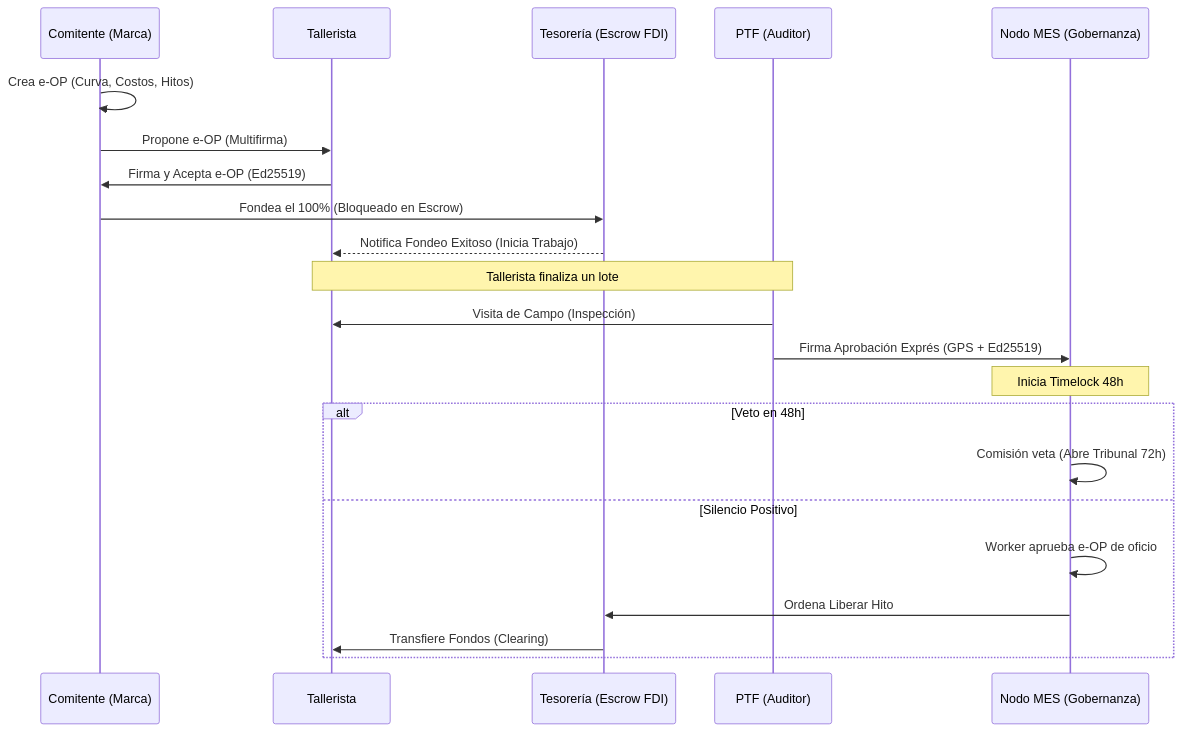
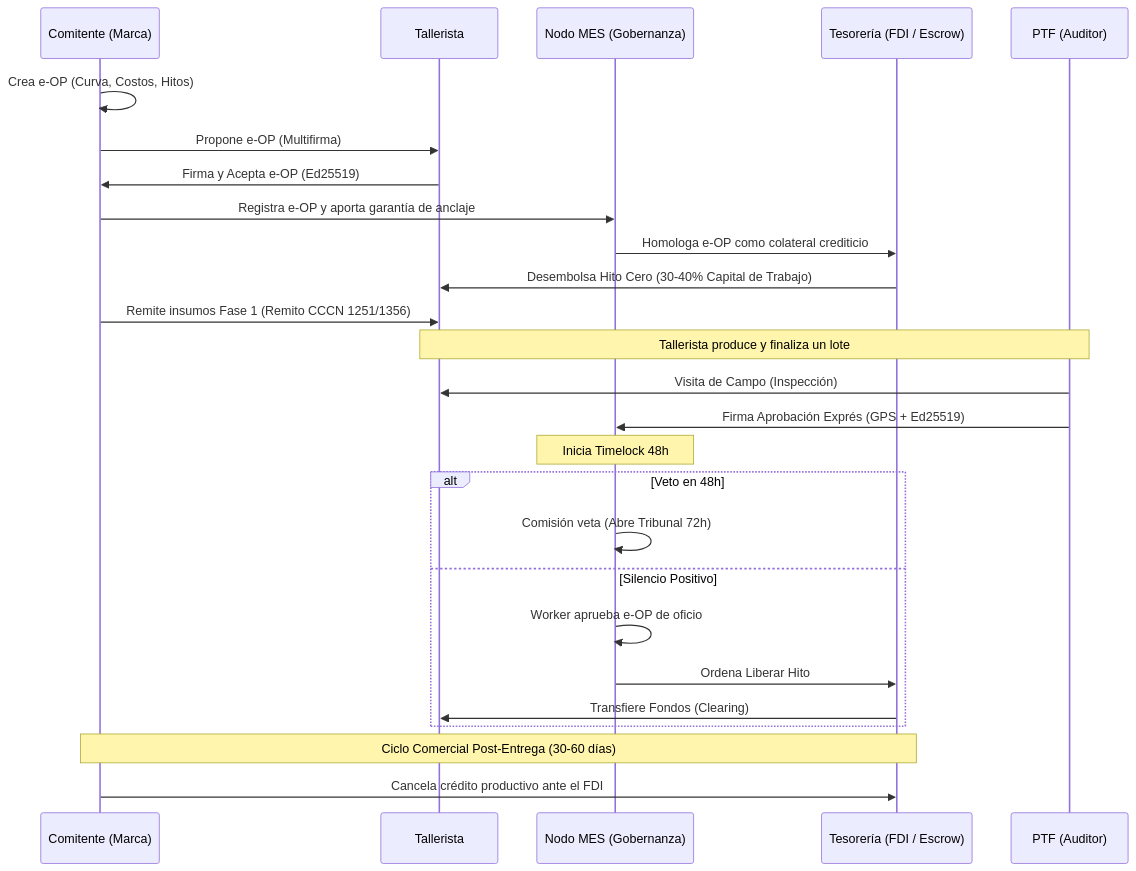
Before and after one commit to sarthouse/indinopy: the first of 3 diagrams in docs/flujos_documentales_indino.md, drawn with Mermaid. The commit also changed 11 other files, not shown here.

Commit message:
docs: cambios en la documentacion, corrección de conceptos diagramados, ampliacion del roadmap

````diff
--- a/docs/flujos_documentales_indino.md
+++ b/docs/flujos_documentales_indino.md
@@ -36,27 +36,31 @@
 ```mermaid
 sequenceDiagram
     participant C as Comitente (Marca)
     participant T as Tallerista
-    participant E as Tesorería (Escrow FDI)
+    participant M as Nodo MES (Gobernanza)
+    participant E as Tesorería (FDI / Escrow)
     participant P as PTF (Auditor)
-    participant M as Nodo MES (Gobernanza)
 
     C->>C: Crea e-OP (Curva, Costos, Hitos)
     C->>T: Propone e-OP (Multifirma)
     T->>C: Firma y Acepta e-OP (Ed25519)
-    C->>E: Fondea el 100% (Bloqueado en Escrow)
-    E-->>T: Notifica Fondeo Exitoso (Inicia Trabajo)
+    C->>M: Registra e-OP y aporta garantía de anclaje
+    M->>E: Homologa e-OP como colateral crediticio
+    E->>T: Desembolsa Hito Cero (30-40% Capital de Trabajo)
+    C->>T: Remite insumos Fase 1 (Remito CCCN 1251/1356)
     
-    Note over T,P: Tallerista finaliza un lote
+    Note over T,P: Tallerista produce y finaliza un lote
     P->>T: Visita de Campo (Inspección)
     P->>M: Firma Aprobación Exprés (GPS + Ed25519)
     
     Note over M: Inicia Timelock 48h
     alt Veto en 48h
         M->>M: Comisión veta (Abre Tribunal 72h)
     else Silencio Positivo
         M->>M: Worker aprueba e-OP de oficio
         M->>E: Ordena Liberar Hito
         E->>T: Transfiere Fondos (Clearing)
     end
+    Note over C,E: Ciclo Comercial Post-Entrega (30-60 días)
+    C->>E: Cancela crédito productivo ante el FDI
 ```
````
